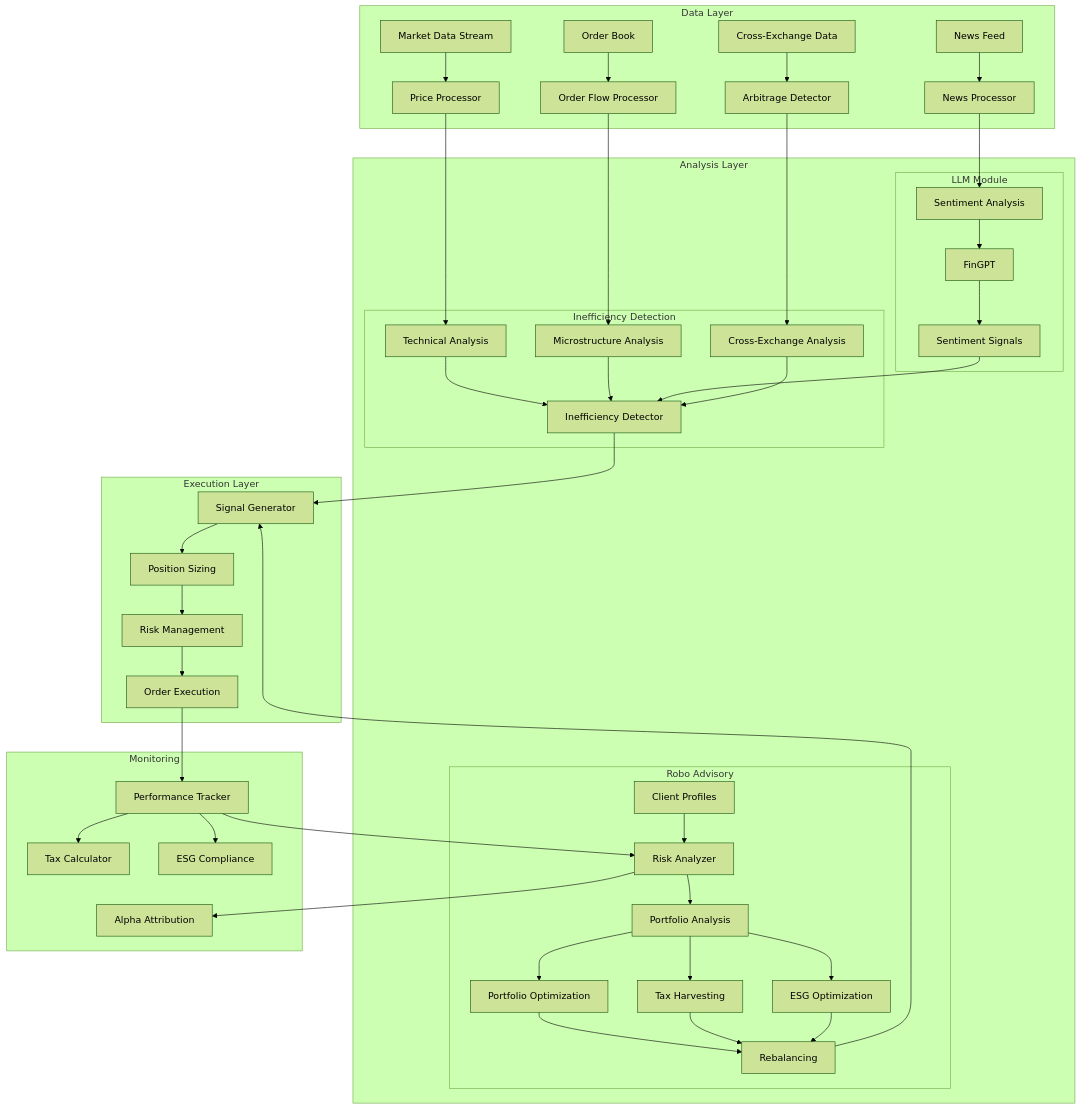
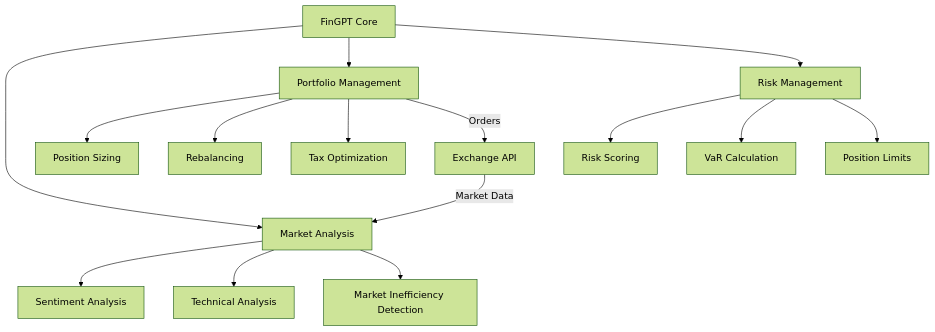
Before and after one commit to ashioyajotham/fingpt_trader: the diagram in README.md, drawn with Mermaid (forest theme). The commit also changed other lines of this file, not shown here.

````diff
--- a/README.md
+++ b/README.md
@@ -266,55 +14,21 @@
 ```mermaid
-graph TB
-    subgraph Data Layer
-        MD[Market Data Stream] --> PP[Price Processor]
-        NF[News Feed] --> NP[News Processor]
-        OB[Order Book] --> OP[Order Flow Processor]
-        XE[Cross-Exchange Data] --> XA[Arbitrage Detector]
-    end
+graph TD
+    A[FinGPT Core] --> B[Market Analysis]
+    A --> C[Portfolio Management]
+    A --> D[Risk Management]
+    
+    B --> B1[Sentiment Analysis]
+    B --> B2[Technical Analysis]
+    B --> B3[Market Inefficiency Detection]
+    
+    C --> C1[Position Sizing]
+    C --> C2[Rebalancing]
+    C --> C3[Tax Optimization]
+    
+    D --> D1[Risk Scoring]
+    D --> D2[VaR Calculation]
+    D --> D3[Position Limits]
 
-    subgraph Analysis Layer
-        PP --> TA[Technical Analysis]
-        NP --> SA[Sentiment Analysis]
-        OP --> MA[Microstructure Analysis]
-        XA --> CA[Cross-Exchange Analysis]
-        
-        subgraph LLM Module
-            SA --> FG[FinGPT]
-            FG --> SS[Sentiment Signals]
-        end
-        
-        subgraph Inefficiency Detection
-            TA --> ID[Inefficiency Detector]
-            MA --> ID
-            SS --> ID
-            CA --> ID
-        end
-
-        subgraph Robo Advisory
-            CP[Client Profiles] --> RA[Risk Assessment]
-            RA --> PA[Portfolio Analysis]
-            PA --> PO[Portfolio Optimization]
-            PA --> TH[Tax Harvesting]
-            PA --> ESG[ESG Optimization]
-            PO --> RB[Rebalancing]
-            TH --> RB
-            ESG --> RB
-        end
-    end
-
-    subgraph Execution Layer
-        ID --> SG[Signal Generator]
-        RB --> SG
-        SG --> PS[Position Sizing]
-        PS --> RM[Risk Management]
-        RM --> OE[Order Execution]
-    end
-
-    subgraph Monitoring
-        OE --> PT[Performance Tracker]
-        PT --> RA[Risk Analyzer]
-        RA --> AA[Alpha Attribution]
-        PT --> TC[Tax Calculator]
-        PT --> EC[ESG Compliance]
-    end
+    E[Exchange API] --> |Market Data| B
+    C --> |Orders| E
 ```
````
